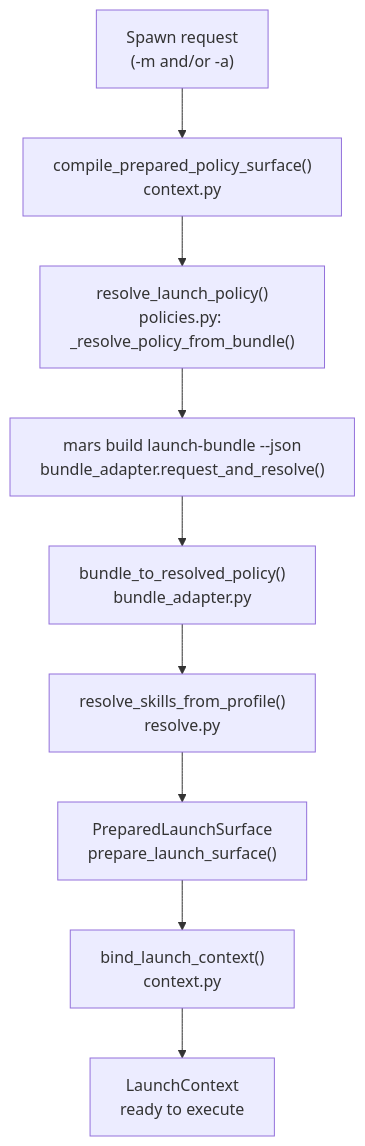
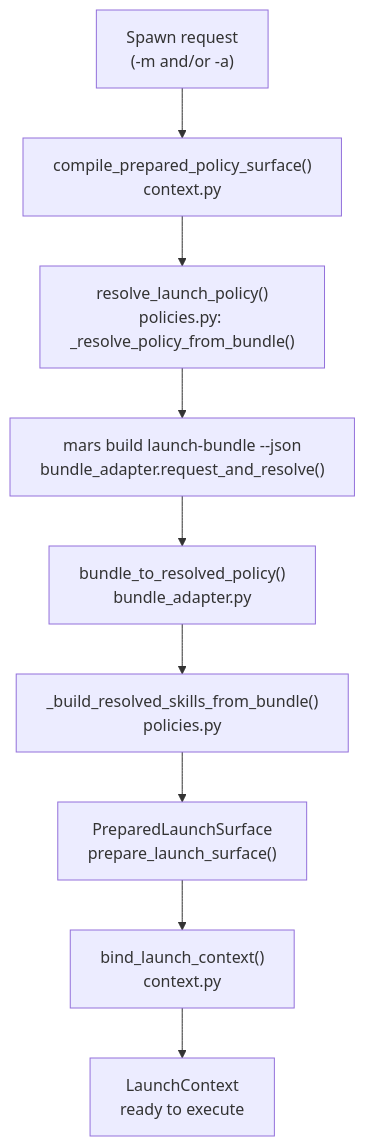
One commit to haowjy/meridian-cli-kb changed the diagram in kb/concepts/model-resolution/overview.md. Above: the diagram before and after it, drawn with Mermaid. The commit also changed other lines of this file and 16 other files, not shown here.

````diff
--- a/kb/concepts/model-resolution/overview.md
+++ b/kb/concepts/model-resolution/overview.md
@@ -19,11 +19,11 @@
 ```mermaid
 graph TD
     INPUT["Spawn request\n(-m and/or -a)"] --> POLICY["compile_prepared_policy_surface()\ncontext.py"]
     POLICY --> BUNDLE["resolve_launch_policy()\npolicies.py: _resolve_policy_from_bundle()"]
     BUNDLE --> MARS["mars build launch-bundle --json\nbundle_adapter.request_and_resolve()"]
     MARS --> PARSE["bundle_to_resolved_policy()\nbundle_adapter.py"]
-    PARSE --> SKILLS["resolve_skills_from_profile()\nresolve.py"]
+    PARSE --> SKILLS["_build_resolved_skills_from_bundle()\npolicies.py"]
     SKILLS --> PREPARED["PreparedLaunchSurface\nprepare_launch_surface()"]
     PREPARED --> BIND["bind_launch_context()\ncontext.py"]
     BIND --> LAUNCH["LaunchContext\nready to execute"]
 ```
````
